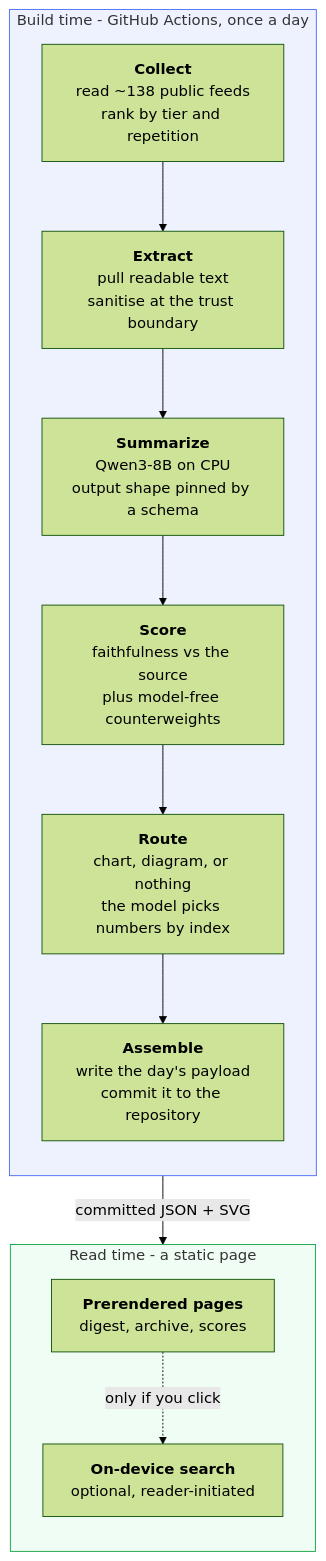
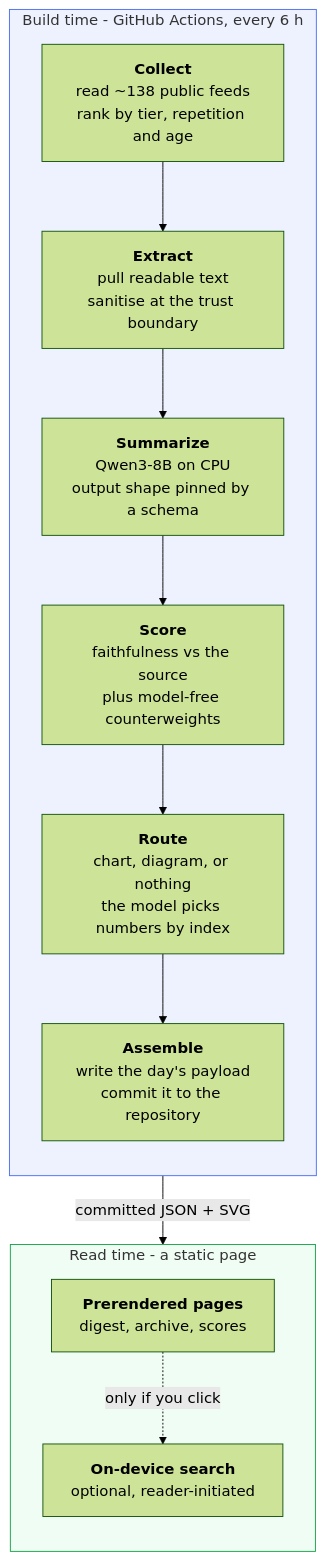
One commit to miztiik/yen-idhazh changed the diagram in README.md. Above: the diagram before and after it, drawn with Mermaid (forest theme). The commit also changed 15 other files, not shown here.

````diff
--- a/README.md
+++ b/README.md
@@ -40,25 +40,25 @@
 ```mermaid
 flowchart TD
-    subgraph build["Build time - GitHub Actions, once a day"]
+    subgraph build["Build time - GitHub Actions, every 6 h"]
         direction TB
-        A["<b>Collect</b><br/>read ~138 public feeds<br/>rank by tier and repetition"]
+        A["<b>Collect</b><br/>read ~138 public feeds<br/>rank by tier, repetition and age"]
         B["<b>Extract</b><br/>pull readable text<br/>sanitise at the trust boundary"]
         C["<b>Summarize</b><br/>Qwen3-8B on CPU<br/>output shape pinned by a schema"]
         D["<b>Score</b><br/>faithfulness vs the source<br/>plus model-free counterweights"]
         E["<b>Route</b><br/>chart, diagram, or nothing<br/>the model picks numbers by index"]
         F["<b>Assemble</b><br/>write the day's payload<br/>commit it to the repository"]
         A --> B --> C --> D --> E --> F
     end
 
     F -->|"committed JSON + SVG"| G
 
     subgraph read["Read time - a static page"]
         direction TB
         G["<b>Prerendered pages</b><br/>digest, archive, scores"]
         H["<b>On-device search</b><br/>optional, reader-initiated"]
         G -.->|"only if you click"| H
     end
 
     style build fill:#eef2ff,stroke:#4c6ef5
     style read fill:#f0fdf4,stroke:#16a34a
 ```
````
